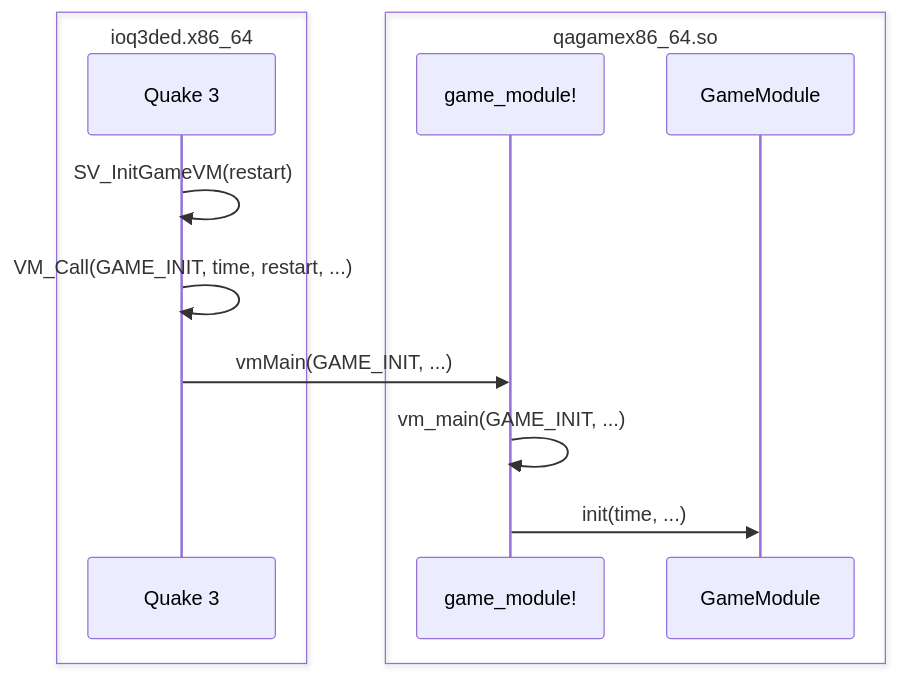
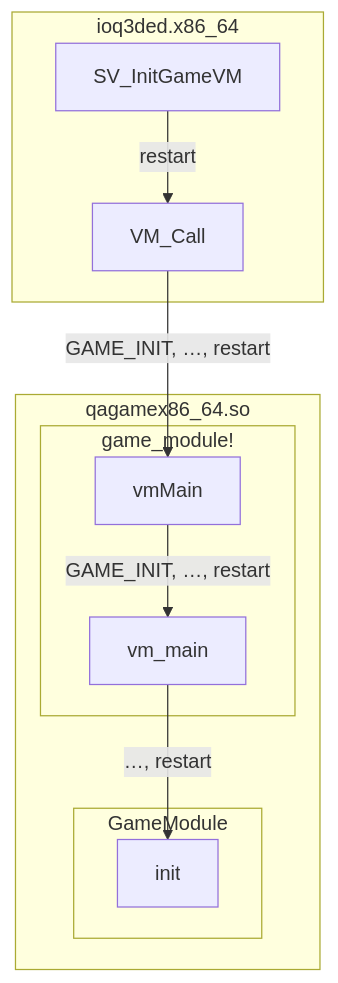
One commit to robo9k/quake3-native-vm changed the diagram in docs/quake3-call-module.mermaid. Above: the diagram before and after it, drawn with Mermaid. The commit also changed 2 other files, not shown here.

Commit message:
Replace sequence diagrams with flow charts

```diff
--- a/docs/quake3-call-module.mermaid
+++ b/docs/quake3-call-module.mermaid
@@ -1,14 +1,13 @@
-sequenceDiagram
-    box ioq3ded.x86_64
-        participant q3 as Quake 3
+flowchart TB
+    subgraph ioq3ded.x86_64
+        SV_InitGameVM -- restart --> VM_Call
     end
-    box qagamex86_64.so
-        participant m as game_module!
-        participant s as GameModule
+    subgraph qagamex86_64.so
+        subgraph game_module!
+            VM_Call -- "GAME_INIT, …, restart" --> vmMain
+            vmMain -- "GAME_INIT, …, restart" --> vm_main
+        end
+        subgraph GameModule
+            vm_main -- "…, restart" --> init
+        end
     end
-
-    q3->>q3: SV_InitGameVM(restart)
-    q3->>q3: VM_Call(GAME_INIT, time, restart, ...)
-    q3->>m: vmMain(GAME_INIT, ...)
-    m->>m: vm_main(GAME_INIT, ...)
-    m->>s: init(time, ...)
```
